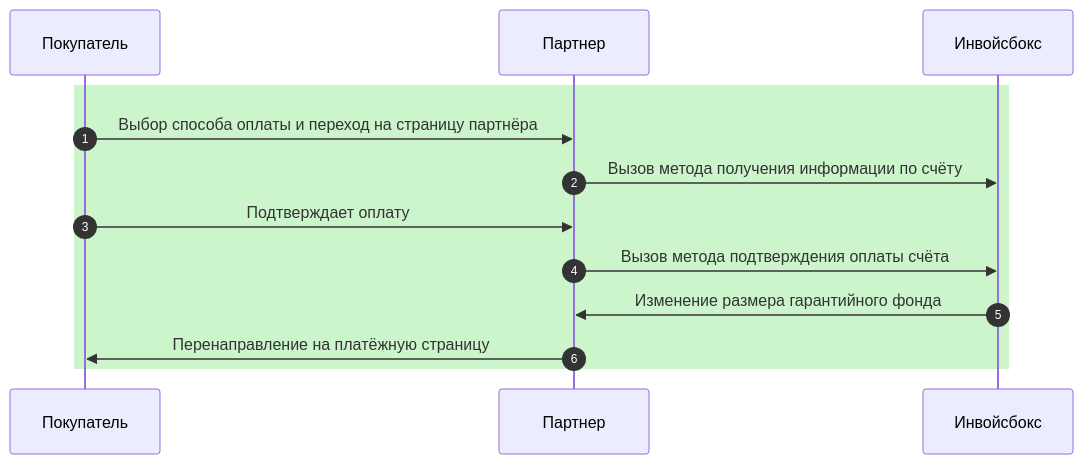
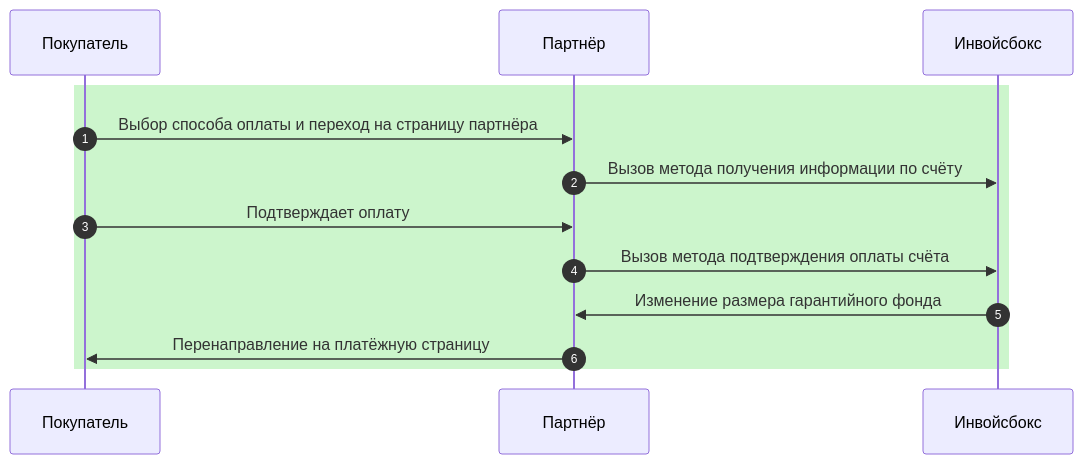
The diagram in docs/business/schema.md (YIGRIKY/invoicebox-docs), drawn with Mermaid before and after one commit. The commit also changed 1 other file, not shown here.

Commit message:
Small  fixes

```diff
--- a/docs/business/schema.md
+++ b/docs/business/schema.md
@@ -10,15 +10,15 @@
 <div class="mermaid">
 sequenceDiagram
     autonumber
     participant Покупатель
-    participant Партнер
-    participant Инвойсбокс 
+    participant Партнёр
+    participant Инвойсбокс
     rect rgb(204, 245, 204)
-      Покупатель->>Партнер: Выбор способа оплаты и переход на страницу партнёра
-      Партнер->>Инвойсбокс: Вызов метода получения информации по счёту
-      Покупатель->>Партнер: Подтверждает оплату
-      Партнер->>Инвойсбокс: Вызов метода подтверждения оплаты счёта
-      Инвойсбокс->>Партнер: Изменение размера гарантийного фонда
-      Партнер->>Покупатель: Перенаправление на платёжную страницу
+      Покупатель->>Партнёр: Выбор способа оплаты и переход на страницу партнёра
+      Партнёр->>Инвойсбокс: Вызов метода получения информации по счёту
+      Покупатель->>Партнёр: Подтверждает оплату
+      Партнёр->>Инвойсбокс: Вызов метода подтверждения оплаты счёта
+      Инвойсбокс->>Партнёр: Изменение размера гарантийного фонда
+      Партнёр->>Покупатель: Перенаправление на платёжную страницу
     end
 </div>
```
